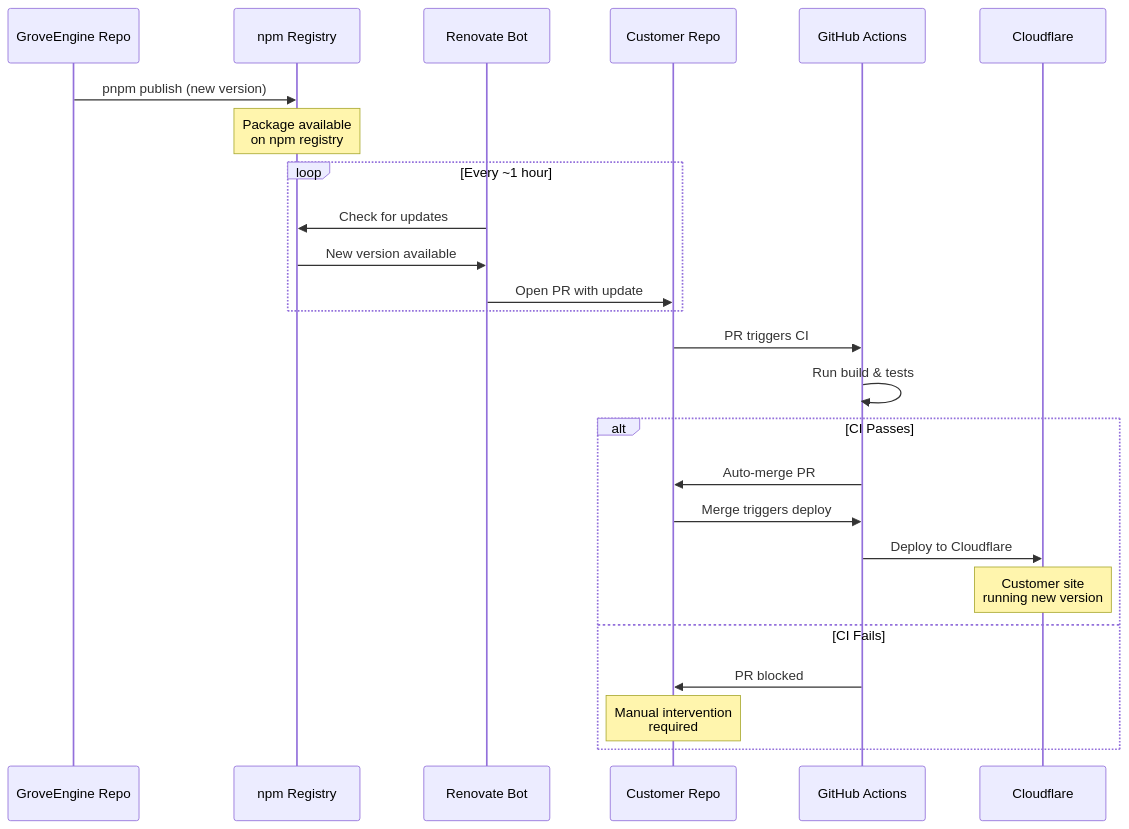
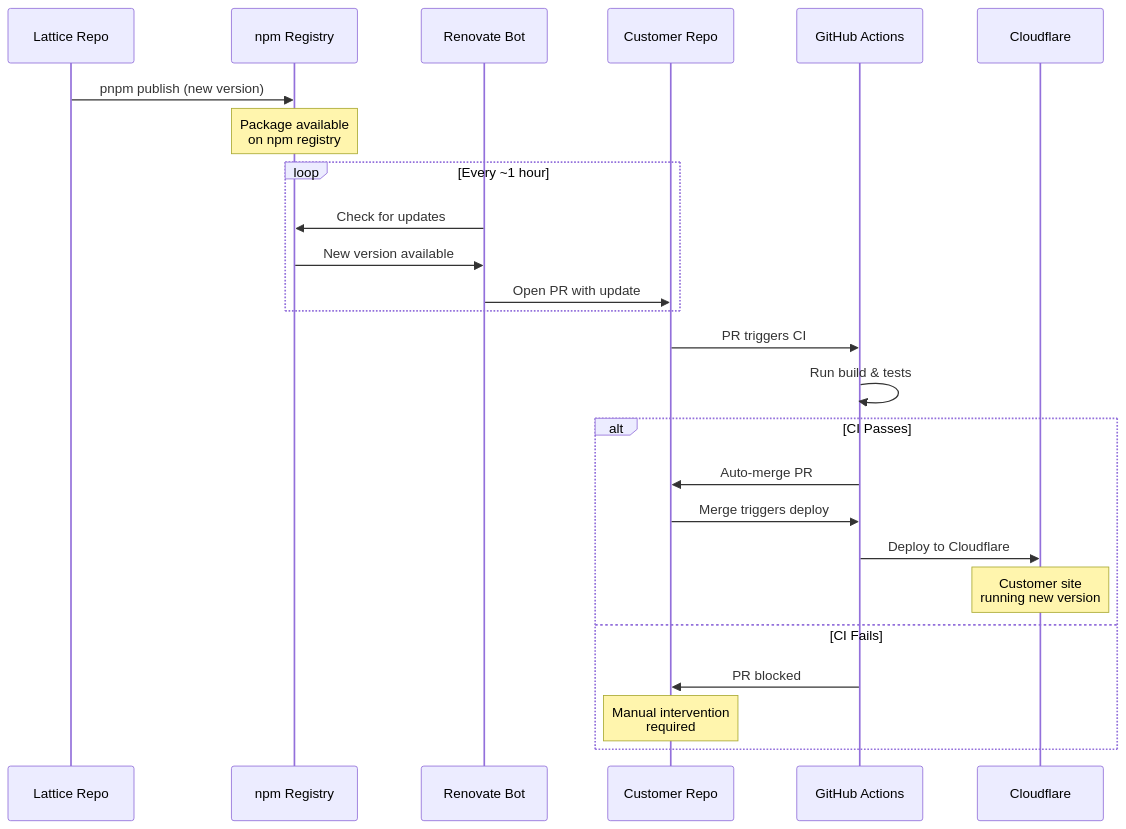
One commit to AutumnsGrove/Lattice changed the diagram in docs/specs/seasons-spec.md. Above: the diagram before and after it, drawn with Mermaid. The commit also changed other lines of this file and 620 other files, not shown here.

Commit message:
feat(engine): rename @autumnsgrove/groveengine to @autumnsgrove/lattice

````diff
--- a/docs/specs/seasons-spec.md
+++ b/docs/specs/seasons-spec.md
@@ -360,31 +365,31 @@
 ```mermaid
 sequenceDiagram
-    participant E as GroveEngine Repo
+    participant E as Lattice Repo
     participant N as npm Registry
     participant R as Renovate Bot
     participant C as Customer Repo
     participant G as GitHub Actions
     participant CF as Cloudflare
 
     E->>N: pnpm publish (new version)
     Note over N: Package available<br/>on npm registry
 
     loop Every ~1 hour
         R->>N: Check for updates
         N->>R: New version available
         R->>C: Open PR with update
     end
 
     C->>G: PR triggers CI
     G->>G: Run build & tests
 
     alt CI Passes
         G->>C: Auto-merge PR
         C->>G: Merge triggers deploy
         G->>CF: Deploy to Cloudflare
         Note over CF: Customer site<br/>running new version
     else CI Fails
         G->>C: PR blocked
         Note over C: Manual intervention<br/>required
     end
 ```
````
